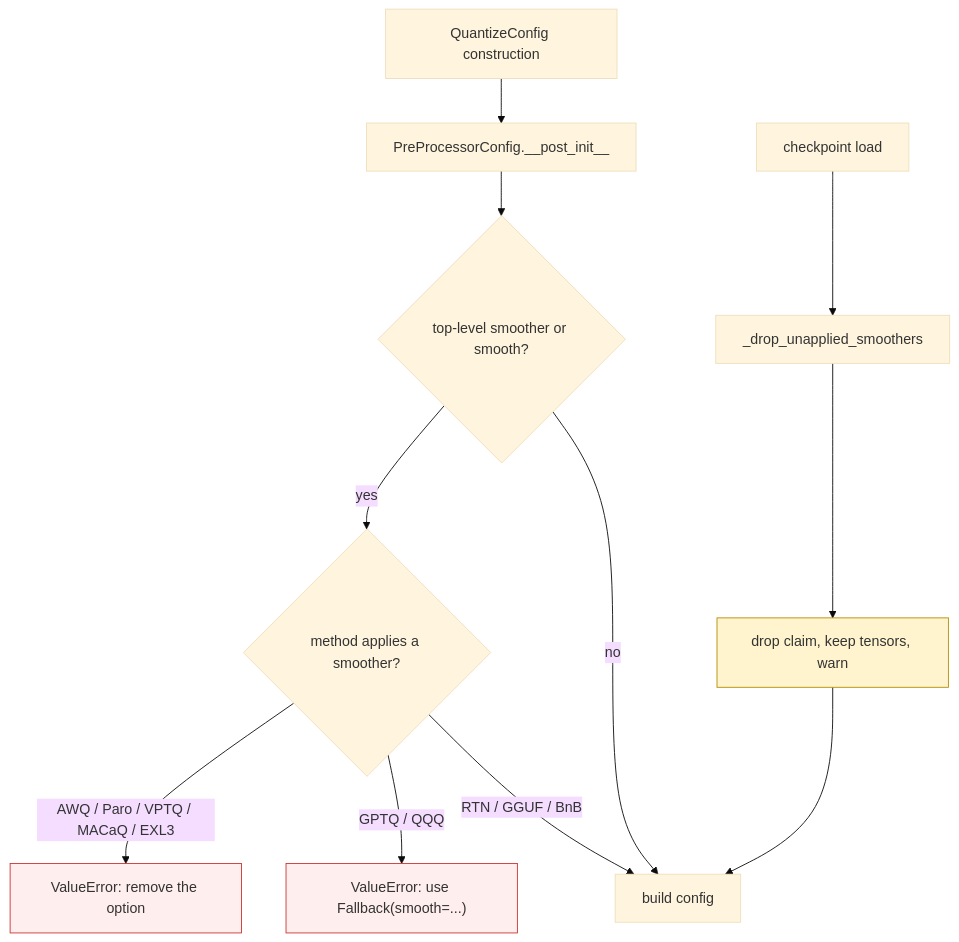
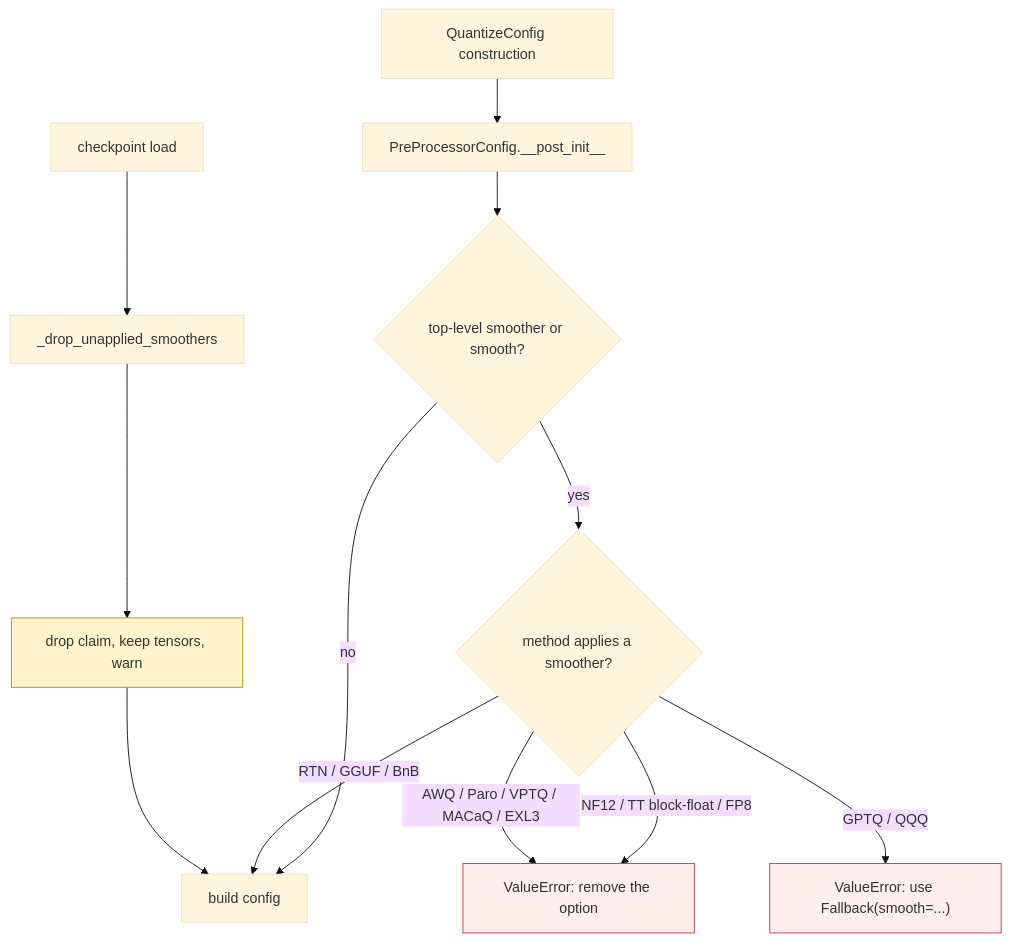
Before and after one commit to ModelCloud/GPTQModel: the second of 2 diagrams in docs/smoother-applicability.md, drawn with Mermaid (base theme). The commit also changed other lines of this file and 2 other files, not shown here.

````diff
--- a/docs/smoother-applicability.md
+++ b/docs/smoother-applicability.md
@@ -51,16 +61,17 @@
 ```mermaid
 flowchart TD
     A["QuantizeConfig construction"] --> B["PreProcessorConfig.__post_init__"]
     B --> C{"top-level smoother or smooth?"}
     C -- no --> D["build config"]
     C -- yes --> E{"method applies a smoother?"}
     E -- RTN / GGUF / BnB --> D
+    E -- NF12 / TT block-float / FP8 --> G
     E -- GPTQ / QQQ --> F["ValueError: use Fallback(smooth=...)"]
     E -- AWQ / Paro / VPTQ / MACaQ / EXL3 --> G["ValueError: remove the option"]
     H["checkpoint load"] --> I["_drop_unapplied_smoothers"]
     I --> J["drop claim, keep tensors, warn"]
     J --> D
     style F fill:#fee,stroke:#c33
     style G fill:#fee,stroke:#c33
     style J fill:#fff4ce,stroke:#b58c00
 ```
````
